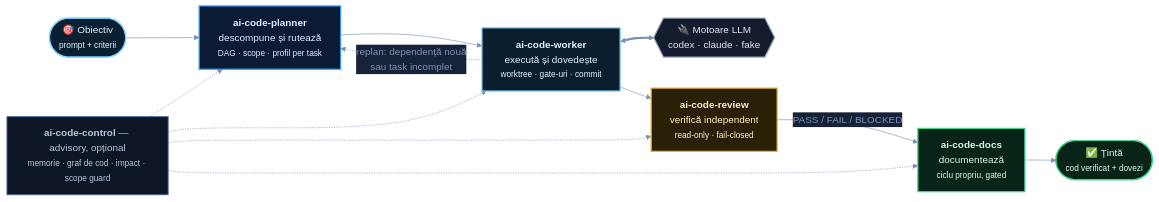
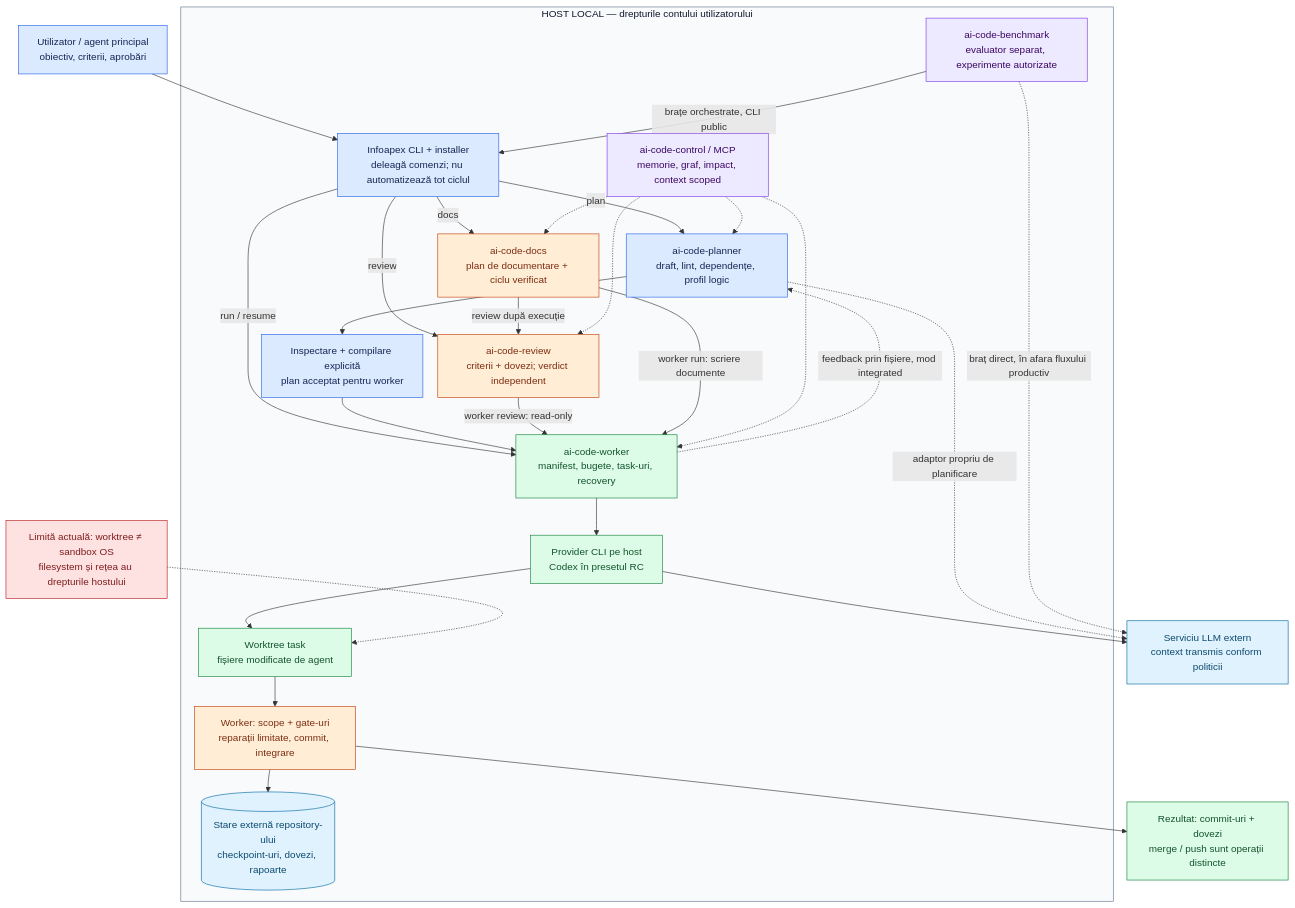
One commit to Infoapex/infoapex-ai changed the first of 5 diagrams in README.md. Above: the diagram before and after it, drawn with Mermaid. The commit also changed other lines of this file and 5 other files, not shown here.

Commit message:
docs: add Romanian architecture illustrations

````diff
--- a/README.md
+++ b/README.md
@@ -67,37 +89,48 @@
 ```mermaid
-%%{init: {'theme':'base','themeVariables':{'fontFamily':'ui-sans-serif, system-ui, sans-serif','lineColor':'#7A90B4','primaryTextColor':'#7C93B5','edgeLabelBackground':'#152238','tertiaryTextColor':'#E8F2FF'}}}%%
-flowchart LR
-    O(["🎯 Obiectiv<br/><small>prompt + criterii</small>"]) --> P
-
-    P["<b>ai-code-planner</b><br/>descompune și rutează<br/><small>DAG · scope · profil per task</small>"]
-    W["<b>ai-code-worker</b><br/>execută și dovedește<br/><small>worktree · gate-uri · commit</small>"]
-    R["<b>ai-code-review</b><br/>verifică independent<br/><small>read-only · fail-closed</small>"]
-    D["<b>ai-code-docs</b><br/>documentează<br/><small>ciclu propriu, gated</small>"]
-    T(["✅ Țintă<br/><small>cod verificat + dovezi</small>"])
-
-    P --> W
-    W -. "replan: dependență nouă<br/>sau task incomplet" .-> P
-    W <==> E{{"🔌 Motoare LLM<br/>codex · claude · fake"}}
-    W --> R
-    R -- "PASS / FAIL / BLOCKED" --> D
-    D --> T
-
-    C["<b>ai-code-control</b> — advisory, opțional<br/><small>memorie · graf de cod · impact · scope guard</small>"]
-    C -.-> P & W & R & D
-
-    classDef start fill:#082032,stroke:#7FD3FF,stroke-width:2px,color:#DFF3FF
-    classDef plan fill:#0B1B33,stroke:#2F9BFF,stroke-width:2px,color:#DCEBFF
-    classDef work fill:#0A1E2E,stroke:#7FD3FF,stroke-width:2px,color:#DFF3FF
-    classDef check fill:#2A2008,stroke:#F0B429,stroke-width:2px,color:#FFEFC8
-    classDef done fill:#082419,stroke:#3DD68C,stroke-width:2px,color:#D6FBEA
-    classDef engine fill:#141C2E,stroke:#94A3B8,stroke-width:2px,color:#E2E8F0
-    classDef advisory fill:#0E1626,stroke:#4A6A99,stroke-width:1.5px,color:#B6C6DC
-
-    class O start
-    class P plan
-    class W work
-    class R check
-    class D,T done
-    class E engine
-    class C advisory
+%%{init: {'theme':'default','flowchart':{'curve':'basis','nodeSpacing':24,'rankSpacing':36}}}%%
+%% Diagrama descrie profilul trusted-host activat explicit, nu backend-ul fake.
+flowchart TB
+    U["Utilizator / agent principal<br/>obiectiv, criterii, aprobări"] --> CLI
+    subgraph HOST["HOST LOCAL — drepturile contului utilizatorului"]
+        CLI["Infoapex CLI + installer<br/>deleagă comenzi; nu automatizează tot ciclul"]
+        CLI -->|plan| P["ai-code-planner<br/>draft, lint, dependențe, profil logic"]
+        P --> A["Inspectare + compilare explicită<br/>plan acceptat pentru worker"]
+        CLI -->|run / resume| W["ai-code-worker<br/>manifest, bugete, task-uri, recovery"]
+        A --> W
+        CLI -->|review| R["ai-code-review<br/>criterii + dovezi; verdict independent"]
+        CLI -->|docs| D["ai-code-docs<br/>plan de documentare + ciclu verificat"]
+        R -->|worker review: read-only| W
+        D -->|worker run: scriere documente| W
+        D -->|review după execuție| R
+        W --> E["Provider CLI pe host<br/>Codex în presetul RC"]
+        E --> T["Worktree task<br/>fișiere modificate de agent"]
+        T --> G["Worker: scope + gate-uri<br/>reparații limitate, commit, integrare"]
+        G --> S[("Stare externă repository-ului<br/>checkpoint-uri, dovezi, rapoarte")]
+        W -.->|feedback prin fișiere, mod integrated| P
+        C["ai-code-control / MCP<br/>memorie, graf, impact, context scoped"]
+        C -.-> P
+        C -.-> W
+        C -.-> R
+        C -.-> D
+        B["ai-code-benchmark<br/>evaluator separat, experimente autorizate"] -->|brațe orchestrate, CLI public| CLI
+    end
+    E --> L["Serviciu LLM extern<br/>context transmis conform politicii"]
+    P -.->|adaptor propriu de planificare| L
+    B -.->|braț direct, în afara fluxului productiv| L
+    G --> OUT["Rezultat: commit-uri + dovezi<br/>merge / push sunt operații distincte"]
+    N["Limită actuală: worktree ≠ sandbox OS<br/>filesystem și rețea au drepturile hostului"] -.-> T
+    %% Modulele și depozitele de date au culori diferite; culoarea nu înlocuiește eticheta.
+    classDef coord fill:#dbeafe,stroke:#2563eb,color:#172554
+    classDef exec fill:#dcfce7,stroke:#15803d,color:#14532d
+    classDef check fill:#ffedd5,stroke:#c2410c,color:#7c2d12
+    classDef context fill:#ede9fe,stroke:#7c3aed,color:#3b0764
+    classDef data fill:#e0f2fe,stroke:#0369a1,color:#0c4a6e
+    classDef warning fill:#fee2e2,stroke:#b91c1c,color:#7f1d1d
+    class U,CLI,P,A coord
+    class W,E,T,OUT exec
+    class R,D,G check
+    class C,B context
+    class S,L data
+    class N warning
+    style HOST fill:#f8fafc,stroke:#64748b,color:#0f172a
 ```
````
